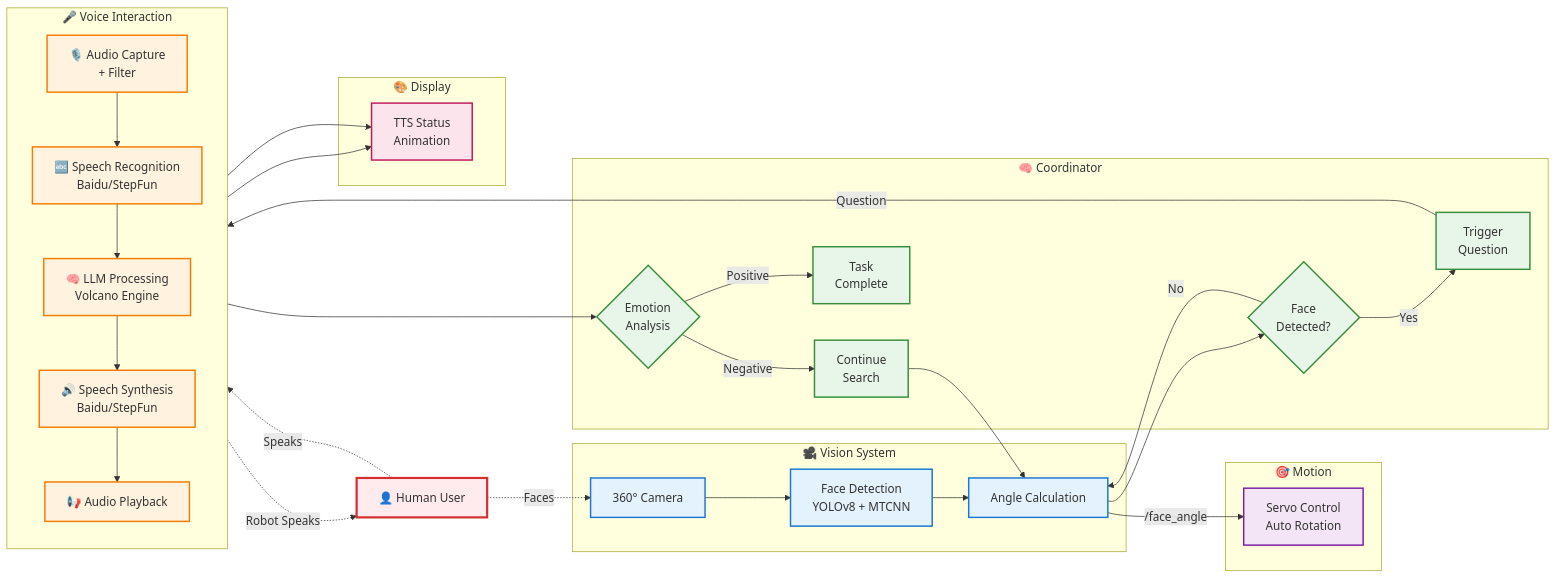
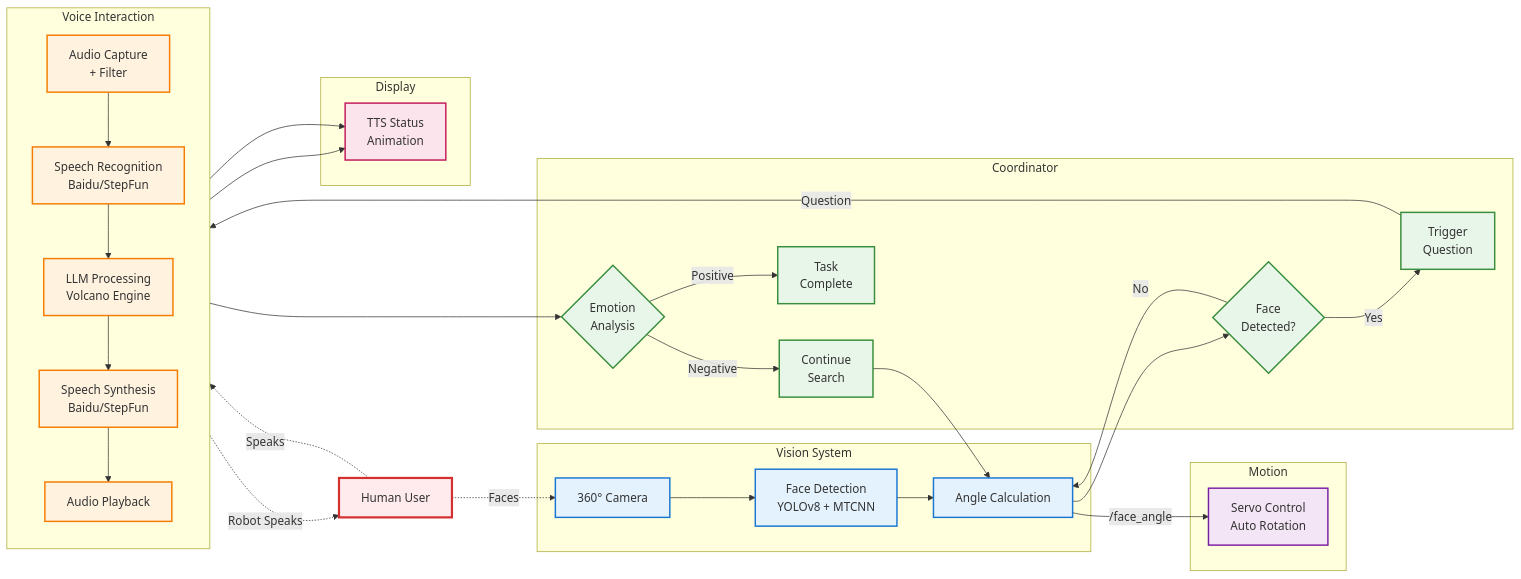
One commit to jiajiezhang7/jiajiezhang7.github.io changed the diagram in _projects/6_hri_project.md. Above: the diagram before and after it, drawn with Mermaid. The commit also changed other lines of this file and 13 other files, not shown here.

````diff
--- a/_projects/6_hri_project.md
+++ b/_projects/6_hri_project.md
@@ -62,80 +62,75 @@
 ```mermaid
 %% HRI System - Simplified Pipeline Overview
-%% 简化版系统流程图
 
 graph LR
-    %% 用户
-    USER[👤 Human User]
+    USER[Human User]
 
-    %% 主要模块
-    subgraph Vision["🎥 Vision System"]
+    subgraph Vision["Vision System"]
         V1[360° Camera]
         V2[Face Detection<br/>YOLOv8 + MTCNN]
         V3[Angle Calculation]
         V1 --> V2 --> V3
     end
 
-    subgraph Motion["🎯 Motion"]
+    subgraph Motion["Motion"]
         M1[Servo Control<br/>Auto Rotation]
     end
 
-    subgraph Coordinator["🧠 Coordinator"]
+    subgraph Coordinator["Coordinator"]
         CO1{Face<br/>Detected?}
         CO2[Trigger<br/>Question]
         CO3{Emotion<br/>Analysis}
         CO4[Continue<br/>Search]
         CO5[Task<br/>Complete]
     end
 
-    subgraph VoiceSystem["🎤 Voice Interaction"]
+    subgraph VoiceSystem["Voice Interaction"]
         direction TB
-        VS1[🎙️ Audio Capture<br/>+ Filter]
-        VS2[🔤 Speech Recognition<br/>Baidu/StepFun]
-        VS3[🧠 LLM Processing<br/>Volcano Engine]
-        VS4[🔊 Speech Synthesis<br/>Baidu/StepFun]
-        VS5[📢 Audio Playback]
+        VS1[Audio Capture<br/>+ Filter]
+        VS2[Speech Recognition<br/>Baidu/StepFun]
+        VS3[LLM Processing<br/>Volcano Engine]
+        VS4[Speech Synthesis<br/>Baidu/StepFun]
+        VS5[Audio Playback]
 
         VS1 --> VS2 --> VS3 --> VS4 --> VS5
     end
 
-    subgraph Animation["🎨 Display"]
+    subgraph Animation["Display"]
         AN1[TTS Status<br/>Animation]
     end
 
-    %% 主流程
     USER -.->|Faces| V1
     V3 -->|/face_angle| M1
     V3 --> CO1
 
     CO1 -->|Yes| CO2
     CO1 -->|No| V3
 
     CO2 -->|Question| VS3
 
     USER -.->|Speaks| VS1
     VS5 -.->|Robot Speaks| USER
 
     VS5 --> CO3
 
     CO3 -->|Positive| CO5
     CO3 -->|Negative| CO4
     CO4 --> V3
 
     VS4 --> AN1
     VS5 --> AN1
 
-    %% 样式
     classDef visionClass fill:#e3f2fd,stroke:#1976d2,stroke-width:2px
     classDef motionClass fill:#f3e5f5,stroke:#7b1fa2,stroke-width:2px
     classDef voiceClass fill:#fff3e0,stroke:#f57c00,stroke-width:2px
     classDef coordClass fill:#e8f5e9,stroke:#388e3c,stroke-width:2px
     classDef animClass fill:#fce4ec,stroke:#c2185b,stroke-width:2px
     classDef userClass fill:#ffebee,stroke:#d32f2f,stroke-width:3px
 
     class V1,V2,V3 visionClass
     class M1 motionClass
     class VS1,VS2,VS3,VS4,VS5 voiceClass
     class CO1,CO2,CO3,CO4,CO5 coordClass
     class AN1 animClass
     class USER userClass
 ```
````
